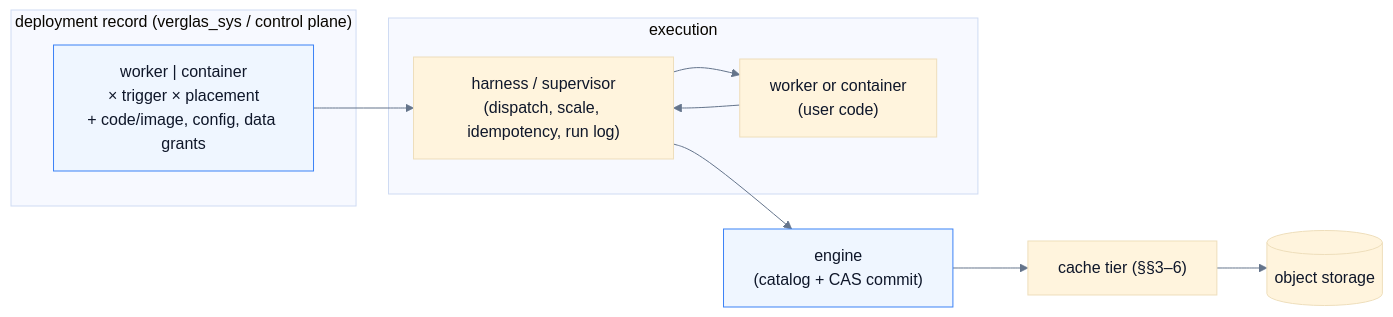
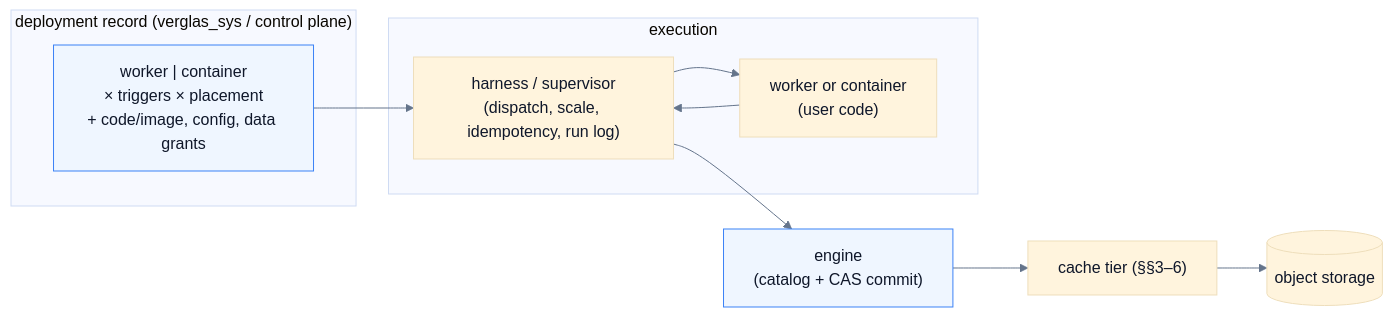
One commit to verglas-org/verglas changed the sixth of 6 diagrams in WHITEPAPER.md. Above: the diagram before and after it, drawn with Mermaid. The commit also changed other lines of this file and 29 other files, not shown here.

Commit message:
Add multi-trigger worker example and broker bridge

````diff
--- a/WHITEPAPER.md
+++ b/WHITEPAPER.md
@@ -456,22 +456,22 @@
 ```mermaid
 %%{init: {'theme': 'base', 'themeVariables': {'fontFamily': 'Inter, ui-sans-serif, system-ui', 'primaryTextColor': '#0f172a', 'lineColor': '#64748b'}}}%%
 flowchart LR
     subgraph record["deployment record (verglas_sys / control plane)"]
-        R["worker | container<br/>× trigger × placement<br/>+ code/image, config, data grants"]
+        R["worker | container<br/>× triggers × placement<br/>+ code/image, config, data grants"]
     end
     subgraph exec["execution"]
         H["harness / supervisor<br/>(dispatch, scale, idempotency, run log)"]
         J["worker or container<br/>(user code)"]
     end
     E["engine<br/>(catalog + CAS commit)"]
     C["cache tier (§§3–6)"]
     O[("object storage")]
     R --> H
     H --> J
     J --> H
     H --> E
     E --> C
     C --> O
     classDef data fill:#eff6ff,stroke:#3b82f6
     class R,E data
 ```
````
